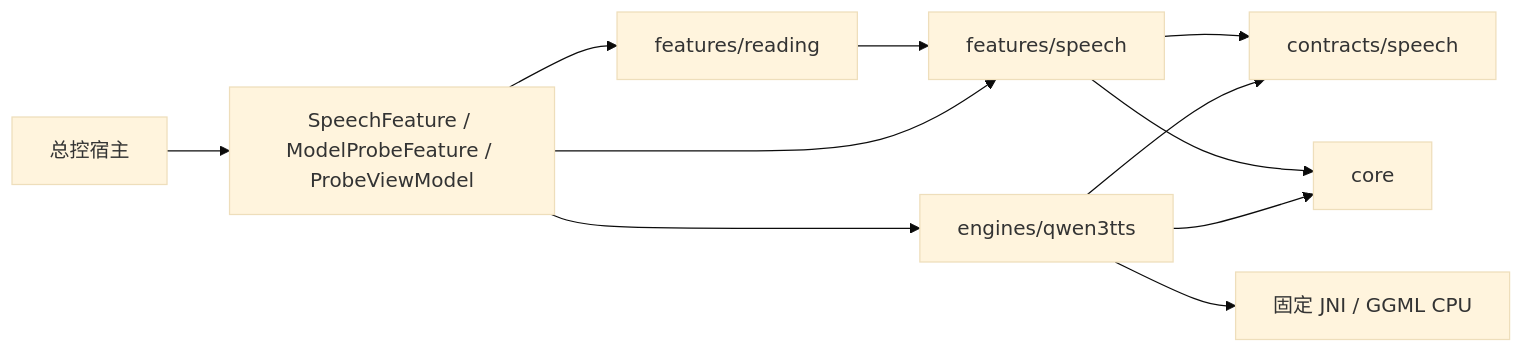
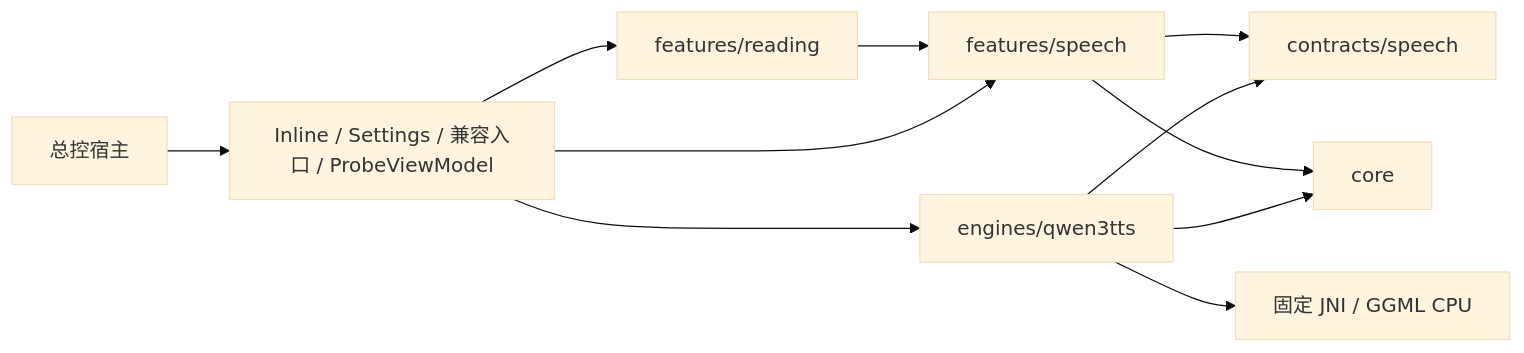
The diagram in experiments/tts-device-probe/ARCHITECTURE.md (zzf122561-bot/English-learning-app), drawn with Mermaid (base theme) before and after one commit. The commit also changed other lines of this file and 18 other files, not shown here.

Commit message:
feat(speech): inline reader settings and transactional audio retention

````diff
--- a/experiments/tts-device-probe/ARCHITECTURE.md
+++ b/experiments/tts-device-probe/ARCHITECTURE.md
@@ -21,13 +21,13 @@
 ```mermaid
 flowchart LR
-  H[总控宿主] --> R[SpeechFeature / ModelProbeFeature / ProbeViewModel]
+  H[总控宿主] --> R[Inline / Settings / 兼容入口 / ProbeViewModel]
   R --> A[features/reading]
   A --> S[features/speech]
   R --> S[features/speech]
   R --> Q[engines/qwen3tts]
   S --> C[contracts/speech]
   Q --> C
   S --> K[core]
   Q --> K
   Q --> N[固定 JNI / GGML CPU]
 ```
````
